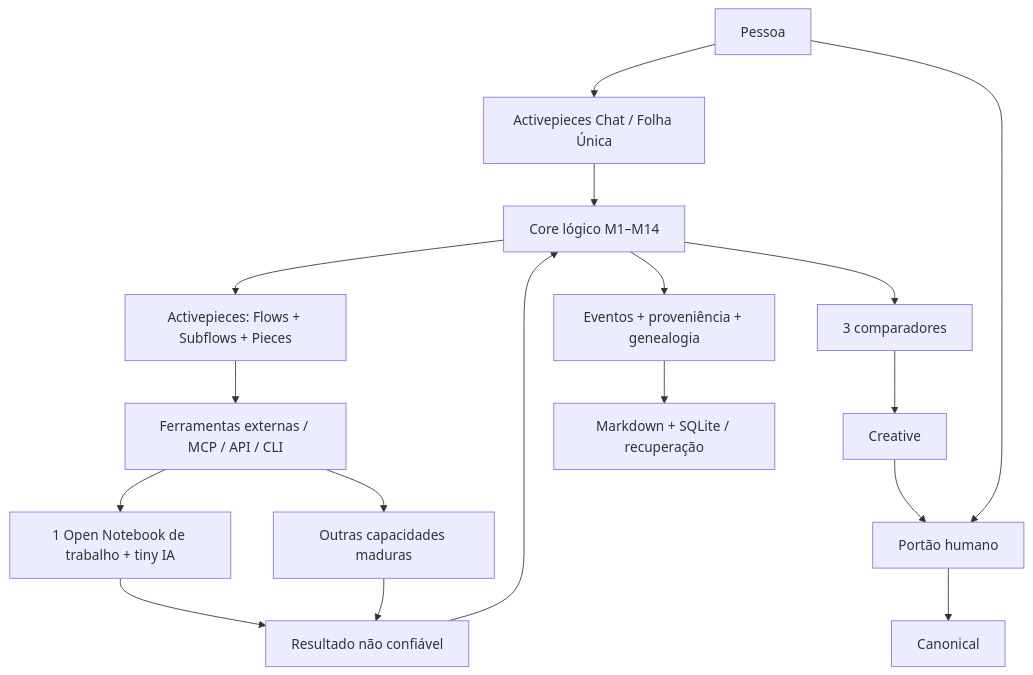
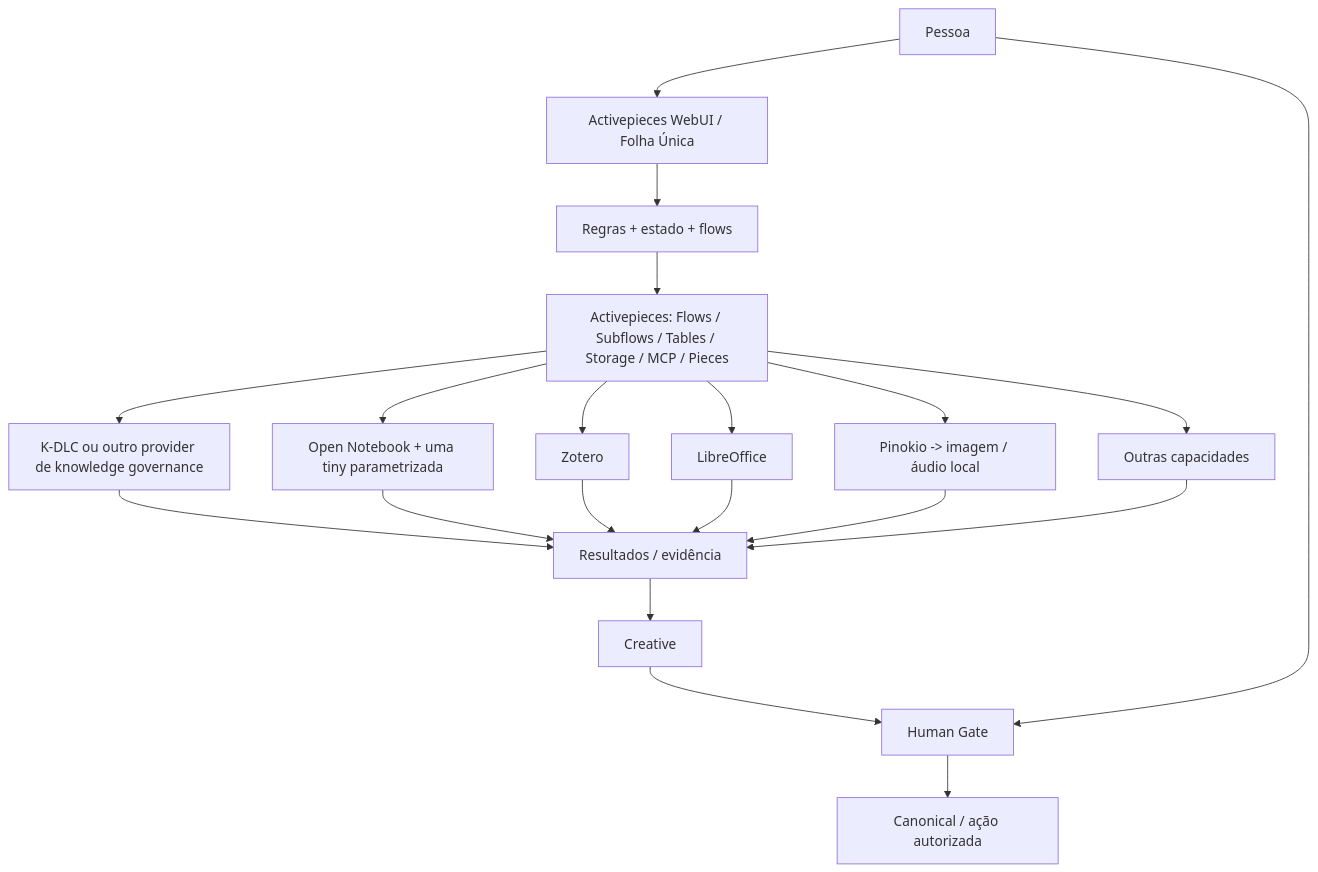
The diagram in CEREBRO_ARCHITECTURE.md (PAPACREATOR/cerebro-parvo-), drawn with Mermaid before and after one commit. The commit also changed other lines of this file, not shown here.

Commit message:
Simplify architecture to composition-first flows

````diff
--- a/CEREBRO_ARCHITECTURE.md
+++ b/CEREBRO_ARCHITECTURE.md
@@ -5,19 +5,22 @@
 ```mermaid
 flowchart TD
- P[Pessoa] --> F[Activepieces Chat / Folha Única]
- F --> C[Core lógico M1–M14]
- C --> AP[Activepieces: Flows + Subflows + Pieces]
- AP --> T[Ferramentas externas / MCP / API / CLI]
- T --> ON[1 Open Notebook de trabalho + tiny IA]
- T --> O[Outras capacidades maduras]
- ON --> U[Resultado não confiável]
+ P[Pessoa] --> UI[Activepieces WebUI / Folha Única]
+ UI --> R[Regras + estado + flows]
+ R --> AP[Activepieces: Flows / Subflows / Tables / Storage / MCP / Pieces]
+ AP --> KG[K-DLC ou outro provider de knowledge governance]
+ AP --> ON[Open Notebook + uma tiny parametrizada]
+ AP --> Z[Zotero]
+ AP --> LO[LibreOffice]
+ AP --> PK[Pinokio -> imagem / áudio local]
+ AP --> O[Outras capacidades]
+ KG --> U[Resultados / evidência]
+ ON --> U
+ Z --> U
+ LO --> U
+ PK --> U
  O --> U
- U --> C
- C --> CMP[3 comparadores]
- CMP --> CR[Creative]
- CR --> H[Portão humano]
+ U --> CR[Creative]
+ CR --> H[Human Gate]
  P --> H
- H --> CA[Canonical]
- C --> E[Eventos + proveniência + genealogia]
- E --> R[Markdown + SQLite / recuperação]
+ H --> CA[Canonical / ação autorizada]
 ```
````
